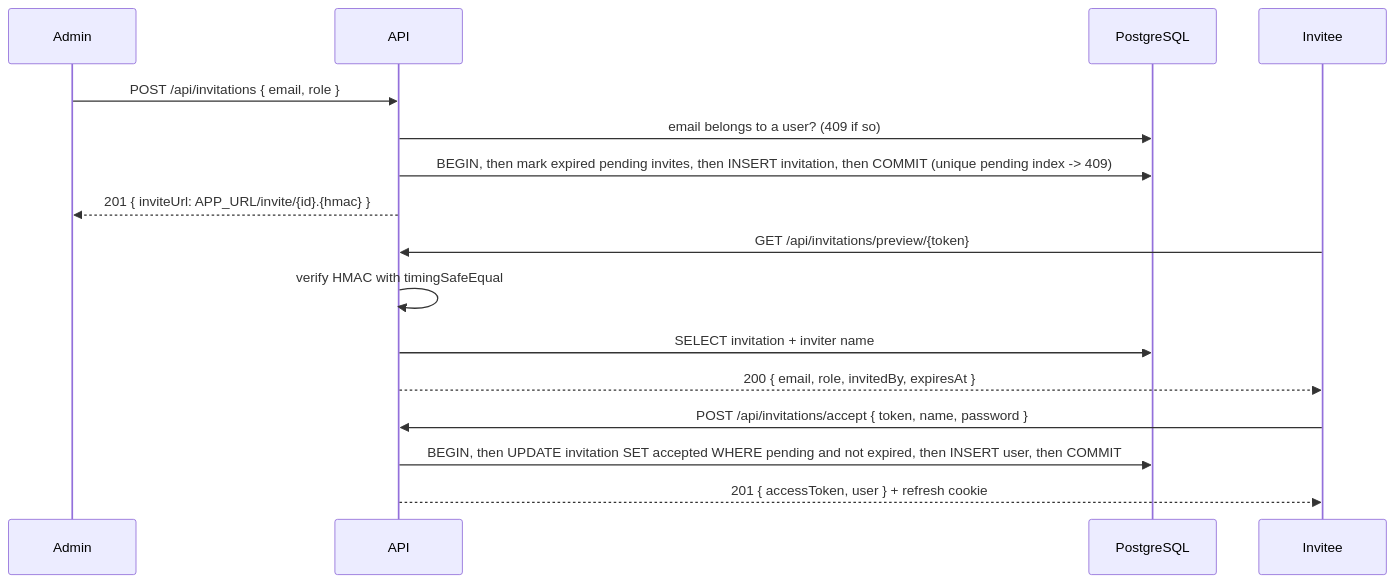
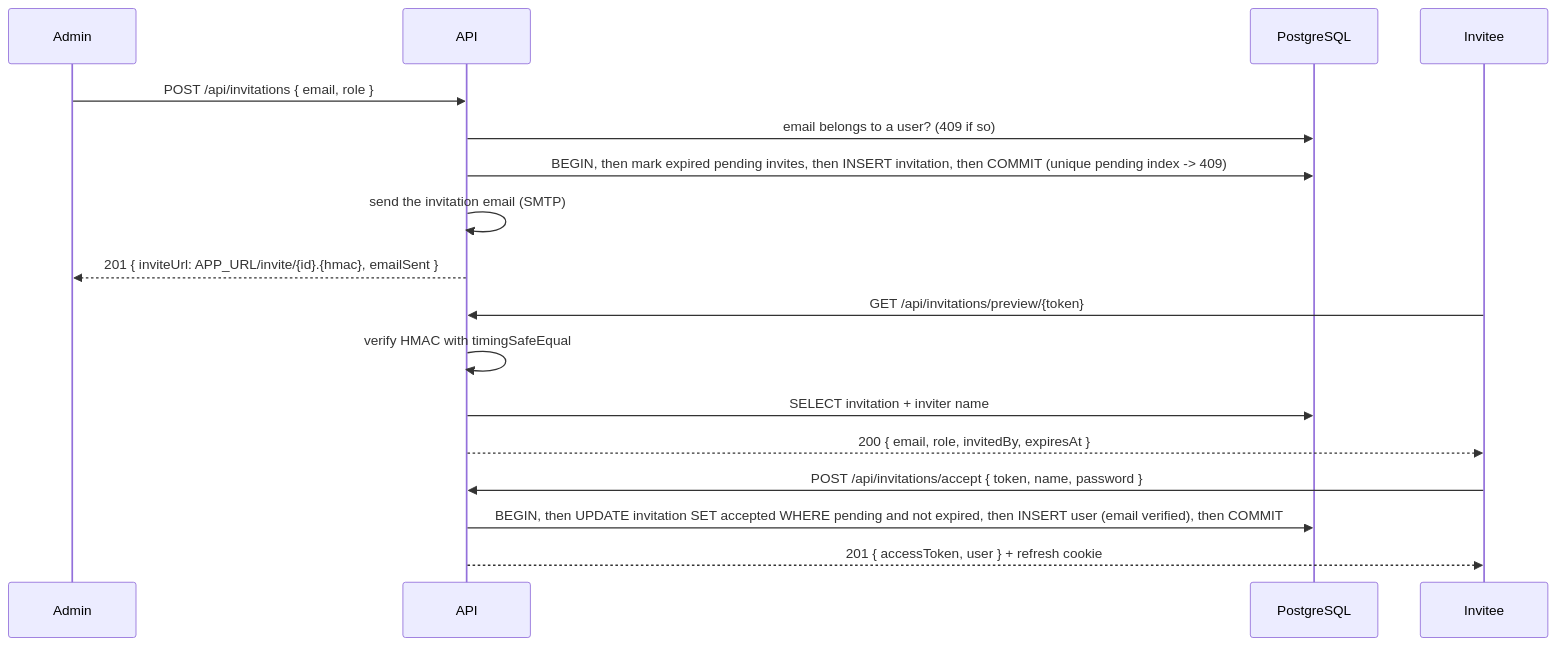
One commit to MohammadRaiyyan/pulse changed the tenth of 13 diagrams in docs/system-design.md. Above: the diagram before and after it, drawn with Mermaid. The commit also changed other lines of this file and 6 other files, not shown here.

````diff
--- a/docs/system-design.md
+++ b/docs/system-design.md
@@ -489,19 +563,20 @@
 ```mermaid
 sequenceDiagram
   participant Ad as Admin
   participant A as API
   participant DB as PostgreSQL
   participant N as Invitee
 
   Ad->>A: POST /api/invitations { email, role }
   A->>DB: email belongs to a user? (409 if so)
   A->>DB: BEGIN, then mark expired pending invites, then INSERT invitation, then COMMIT (unique pending index -> 409)
-  A-->>Ad: 201 { inviteUrl: APP_URL/invite/{id}.{hmac} }
+  A->>A: send the invitation email (SMTP)
+  A-->>Ad: 201 { inviteUrl: APP_URL/invite/{id}.{hmac}, emailSent }
   N->>A: GET /api/invitations/preview/{token}
   A->>A: verify HMAC with timingSafeEqual
   A->>DB: SELECT invitation + inviter name
   A-->>N: 200 { email, role, invitedBy, expiresAt }
   N->>A: POST /api/invitations/accept { token, name, password }
-  A->>DB: BEGIN, then UPDATE invitation SET accepted WHERE pending and not expired, then INSERT user, then COMMIT
+  A->>DB: BEGIN, then UPDATE invitation SET accepted WHERE pending and not expired, then INSERT user (email verified), then COMMIT
   A-->>N: 201 { accessToken, user } + refresh cookie
 ```
````
